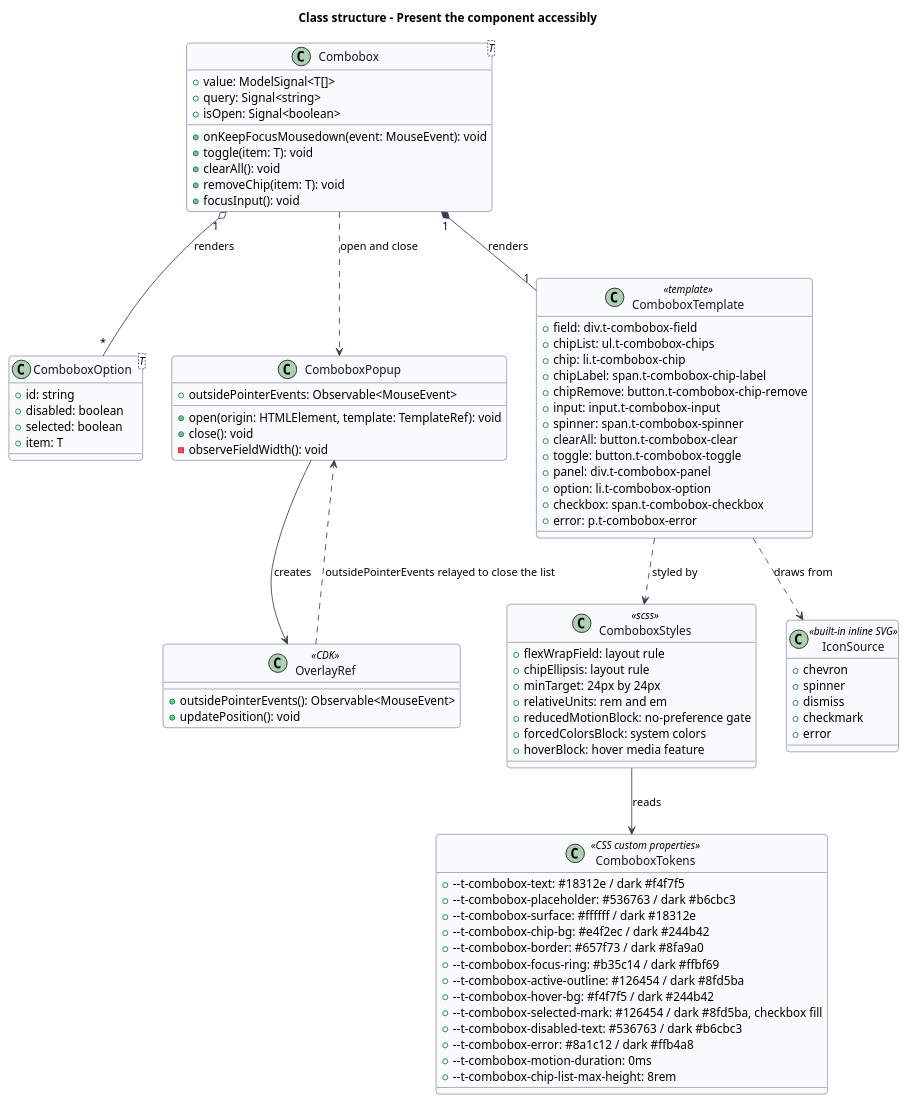
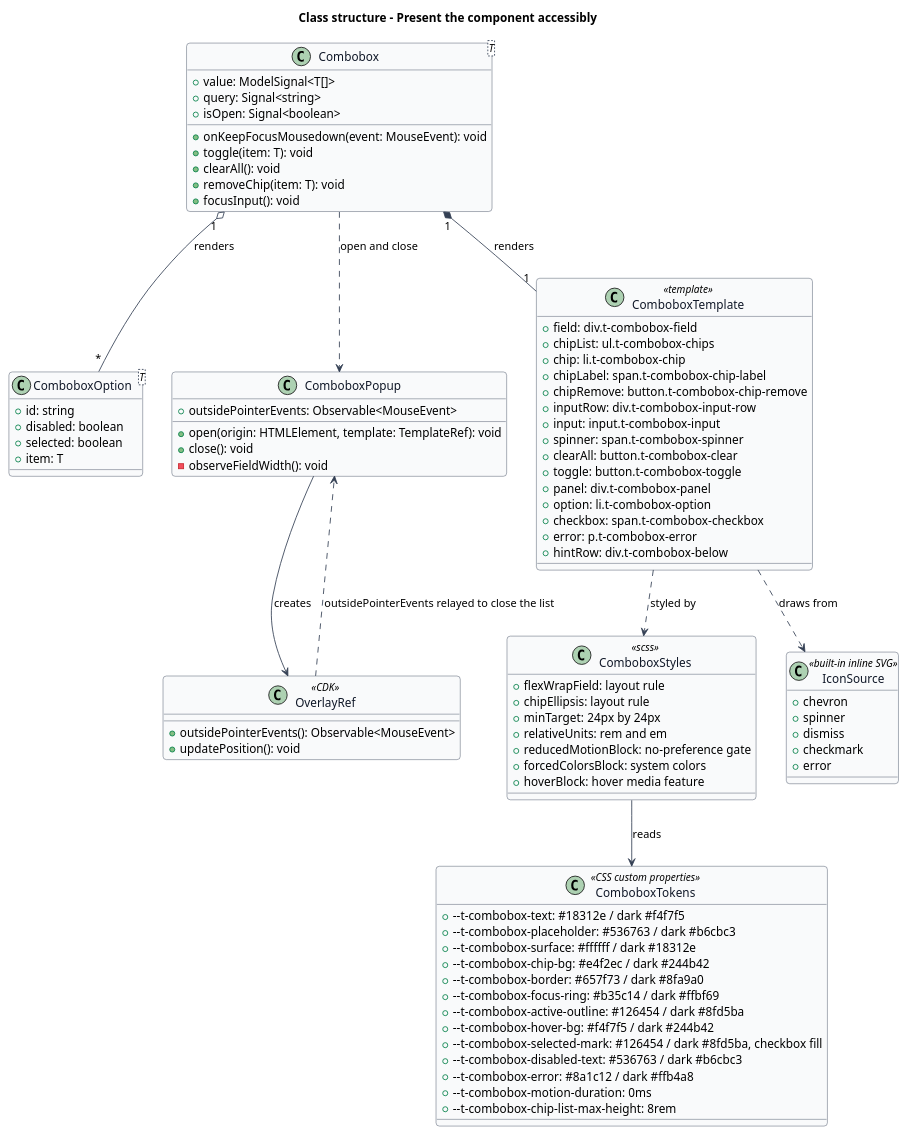
Before and after one commit to QuinntyneBrown/Tessera: the diagram in docs/detailed-designs/combobox/present-accessibly/diagrams/class-structure.puml, drawn with PlantUML. The commit also changed 12 other files, not shown here.

```diff
--- a/docs/detailed-designs/combobox/present-accessibly/diagrams/class-structure.puml
+++ b/docs/detailed-designs/combobox/present-accessibly/diagrams/class-structure.puml
@@ -1,104 +1,106 @@
 @startuml
 ' --- shared skin header ---
 skinparam backgroundColor #FFFFFF
 skinparam shadowing false
 skinparam roundcorner 8
 skinparam defaultFontName Arial
 skinparam ArrowColor #344054
 skinparam class {
   BorderColor #344054
   FontColor #101828
   BackgroundColor #F9FAFB
 }
 ' --------------------------
 title Class structure - Present the component accessibly
 
 class "Combobox<T>" as Combobox {
   +value: ModelSignal<T[]>
   +query: Signal<string>
   +isOpen: Signal<boolean>
   +onKeepFocusMousedown(event: MouseEvent): void
   +toggle(item: T): void
   +clearAll(): void
   +removeChip(item: T): void
   +focusInput(): void
 }
 
 class "ComboboxOption<T>" as ComboboxOption {
   +id: string
   +disabled: boolean
   +selected: boolean
   +item: T
 }
 
 class ComboboxPopup {
   +open(origin: HTMLElement, template: TemplateRef): void
   +close(): void
   +outsidePointerEvents: Observable<MouseEvent>
   -observeFieldWidth(): void
 }
 
 class "OverlayRef" as OverlayRef <<CDK>> {
   +outsidePointerEvents(): Observable<MouseEvent>
   +updatePosition(): void
 }
 
 class ComboboxTemplate <<template>> {
   +field: div.t-combobox-field
   +chipList: ul.t-combobox-chips
   +chip: li.t-combobox-chip
   +chipLabel: span.t-combobox-chip-label
   +chipRemove: button.t-combobox-chip-remove
+  +inputRow: div.t-combobox-input-row
   +input: input.t-combobox-input
   +spinner: span.t-combobox-spinner
   +clearAll: button.t-combobox-clear
   +toggle: button.t-combobox-toggle
   +panel: div.t-combobox-panel
   +option: li.t-combobox-option
   +checkbox: span.t-combobox-checkbox
   +error: p.t-combobox-error
+  +hintRow: div.t-combobox-below
 }
 
 class ComboboxStyles <<scss>> {
   +flexWrapField: layout rule
   +chipEllipsis: layout rule
   +minTarget: 24px by 24px
   +relativeUnits: rem and em
   +reducedMotionBlock: no-preference gate
   +forcedColorsBlock: system colors
   +hoverBlock: hover media feature
 }
 
 class ComboboxTokens <<CSS custom properties>> {
   +--t-combobox-text: #18312e / dark #f4f7f5
   +--t-combobox-placeholder: #536763 / dark #b6cbc3
   +--t-combobox-surface: #ffffff / dark #18312e
   +--t-combobox-chip-bg: #e4f2ec / dark #244b42
   +--t-combobox-border: #657f73 / dark #8fa9a0
   +--t-combobox-focus-ring: #b35c14 / dark #ffbf69
   +--t-combobox-active-outline: #126454 / dark #8fd5ba
   +--t-combobox-hover-bg: #f4f7f5 / dark #244b42
   +--t-combobox-selected-mark: #126454 / dark #8fd5ba, checkbox fill
   +--t-combobox-disabled-text: #536763 / dark #b6cbc3
   +--t-combobox-error: #8a1c12 / dark #ffb4a8
   +--t-combobox-motion-duration: 0ms
   +--t-combobox-chip-list-max-height: 8rem
 }
 
 class IconSource <<built-in inline SVG>> {
   +chevron
   +spinner
   +dismiss
   +checkmark
   +error
 }
 
 Combobox "1" *-- "1" ComboboxTemplate : renders
 Combobox "1" o-- "*" ComboboxOption : renders
 Combobox ..> ComboboxPopup : open and close
 ComboboxPopup --> OverlayRef : creates
 OverlayRef ..> ComboboxPopup : outsidePointerEvents relayed to close the list
 ComboboxTemplate ..> ComboboxStyles : styled by
 ComboboxStyles --> ComboboxTokens : reads
 ComboboxTemplate ..> IconSource : draws from
 @enduml
```
